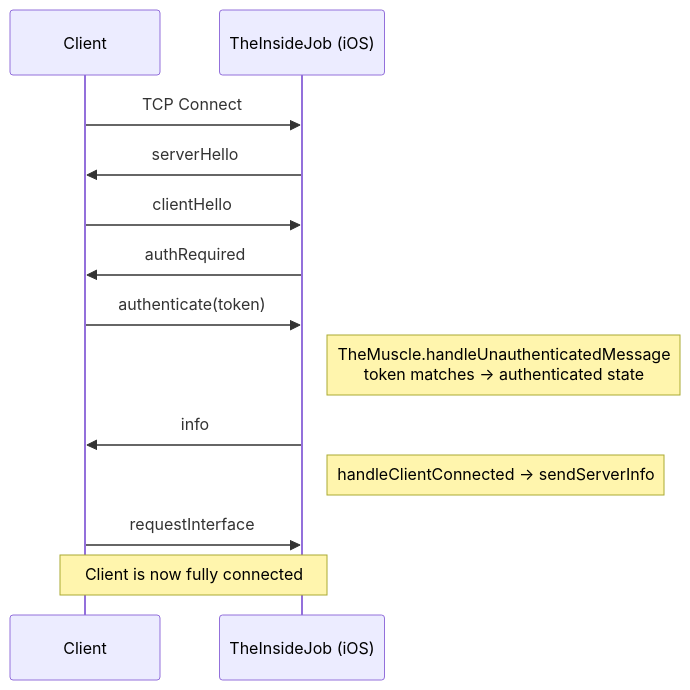
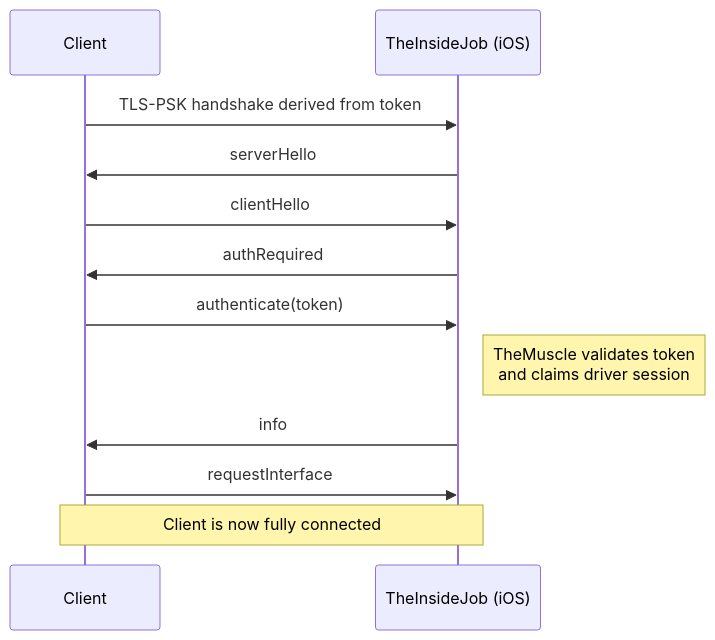
The second of 3 diagrams in docs/AUTH.md (RoyalPineapple/TheButtonHeist), drawn with Mermaid before and after one commit. The commit also changed other lines of this file and 71 other files, not shown here.

Commit message:
Use token PSK transport for debug server

````diff
--- a/docs/AUTH.md
+++ b/docs/AUTH.md
@@ -95,16 +96,15 @@
 ```mermaid
 sequenceDiagram
     participant Client
     participant TheInsideJob as TheInsideJob (iOS)
 
-    Client->>TheInsideJob: TCP Connect
+    Client->>TheInsideJob: TLS-PSK handshake derived from token
     TheInsideJob->>Client: serverHello
     Client->>TheInsideJob: clientHello
     TheInsideJob->>Client: authRequired
     Client->>TheInsideJob: authenticate(token)
-    Note right of TheInsideJob: TheMuscle.handleUnauthenticatedMessage<br/>token matches → authenticated state
+    Note right of TheInsideJob: TheMuscle validates token<br/>and claims driver session
     TheInsideJob->>Client: info
-    Note right of TheInsideJob: handleClientConnected → sendServerInfo
     Client->>TheInsideJob: requestInterface
     Note over Client,TheInsideJob: Client is now fully connected
 ```
````
